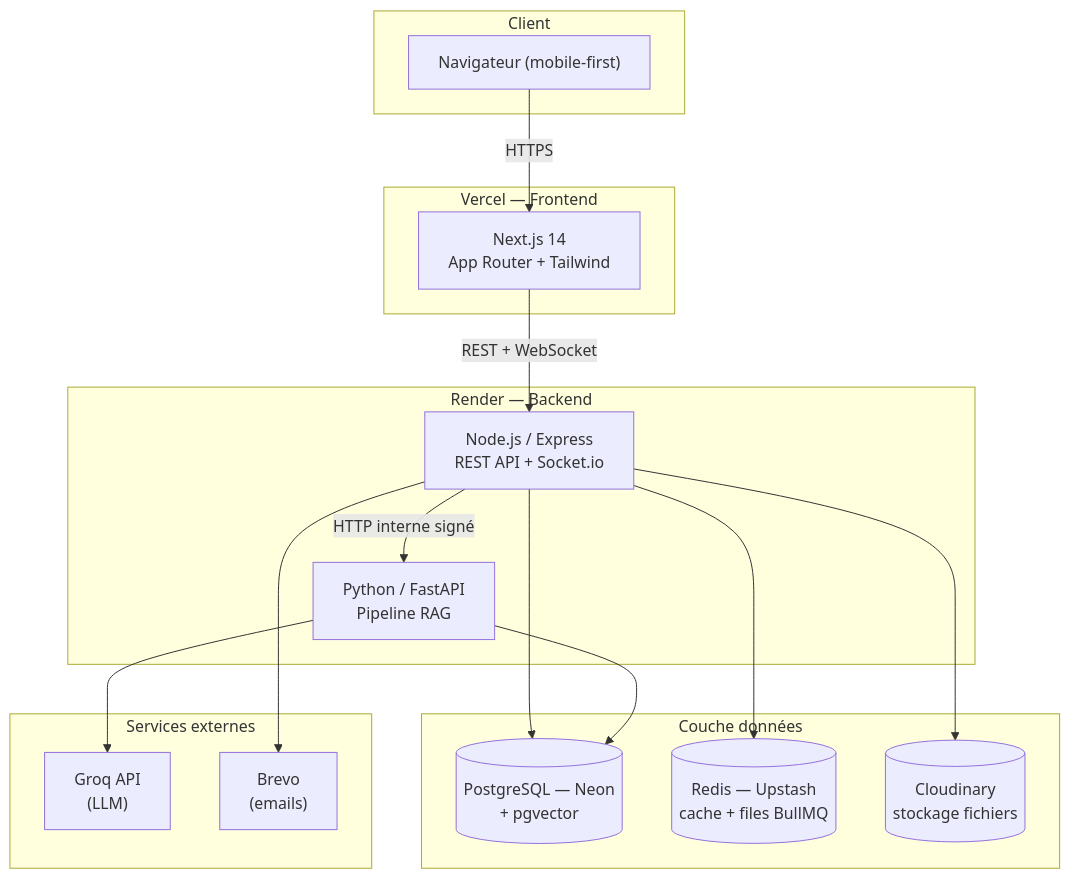
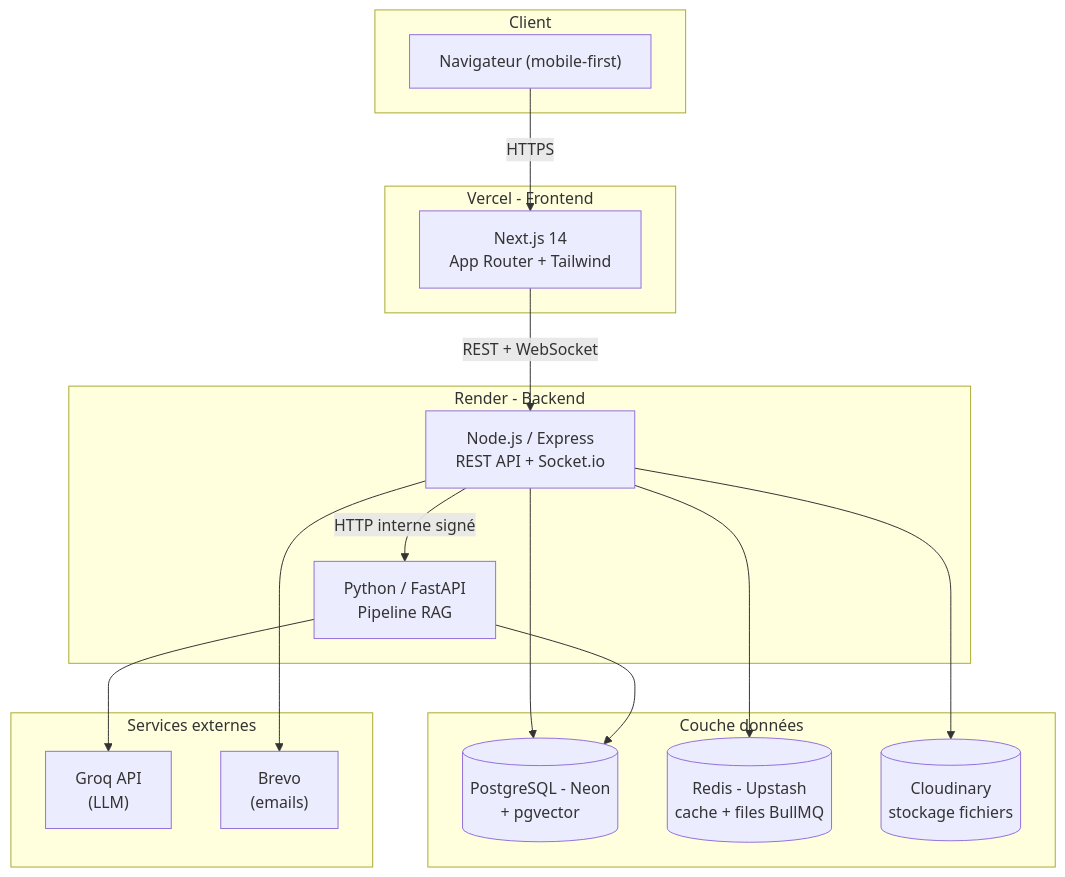
Before and after one commit to Garnel-Diffo/edusmart: the diagram in README.md, drawn with Mermaid. The commit also changed other lines of this file and 9 other files, not shown here.

````diff
--- a/README.md
+++ b/README.md
@@ -80,36 +80,36 @@
 ```mermaid
 flowchart TB
     subgraph Client
         Browser["Navigateur (mobile-first)"]
     end
 
-    subgraph Vercel["Vercel — Frontend"]
+    subgraph Vercel["Vercel - Frontend"]
         Next["Next.js 14<br/>App Router + Tailwind"]
     end
 
-    subgraph Render["Render — Backend"]
+    subgraph Render["Render - Backend"]
         API["Node.js / Express<br/>REST API + Socket.io"]
         AI["Python / FastAPI<br/>Pipeline RAG"]
     end
 
     subgraph Data["Couche données"]
-        Neon[("PostgreSQL — Neon<br/>+ pgvector")]
-        Upstash[("Redis — Upstash<br/>cache + files BullMQ")]
+        Neon[("PostgreSQL - Neon<br/>+ pgvector")]
+        Upstash[("Redis - Upstash<br/>cache + files BullMQ")]
         Cloudinary[("Cloudinary<br/>stockage fichiers")]
     end
 
     subgraph External["Services externes"]
         Groq["Groq API<br/>(LLM)"]
         Brevo["Brevo<br/>(emails)"]
     end
 
     Browser -->|HTTPS| Next
     Next -->|REST + WebSocket| API
     API -->|HTTP interne signé| AI
     API --> Neon
     API --> Upstash
     API --> Cloudinary
     API --> Brevo
     AI --> Neon
     AI --> Groq
 ```
````
